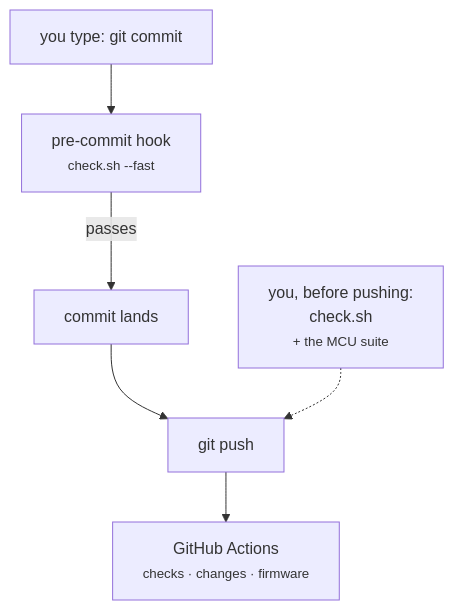
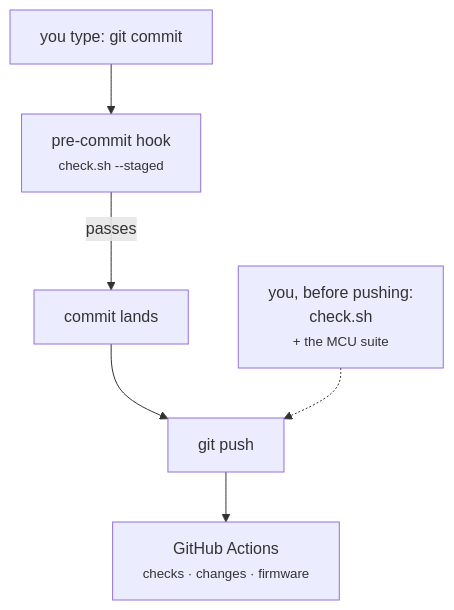
Before and after one commit to jim-wyatt/two-computers-one-board: the second of 2 diagrams in docs/learn/knowing-it-works.md, drawn with Mermaid. The commit also changed other lines of this file and 7 other files, not shown here.

First line of the commit message:
The pre-commit hook checks what the commit touches (#152)

````diff
--- a/docs/learn/knowing-it-works.md
+++ b/docs/learn/knowing-it-works.md
@@ -275,8 +275,8 @@
 ```mermaid
 flowchart TD
-  A["you type: git commit"] --> B["pre-commit hook<br/><small>check.sh --fast</small>"]
+  A["you type: git commit"] --> B["pre-commit hook<br/><small>check.sh --staged</small>"]
   B -->|passes| C["commit lands"]
   C --> D["git push"]
   D --> E["GitHub Actions<br/><small>checks · changes · firmware</small>"]
   F["you, before pushing:<br/>check.sh<br/><small>+ the MCU suite</small>"] -.-> D
 ```
````
